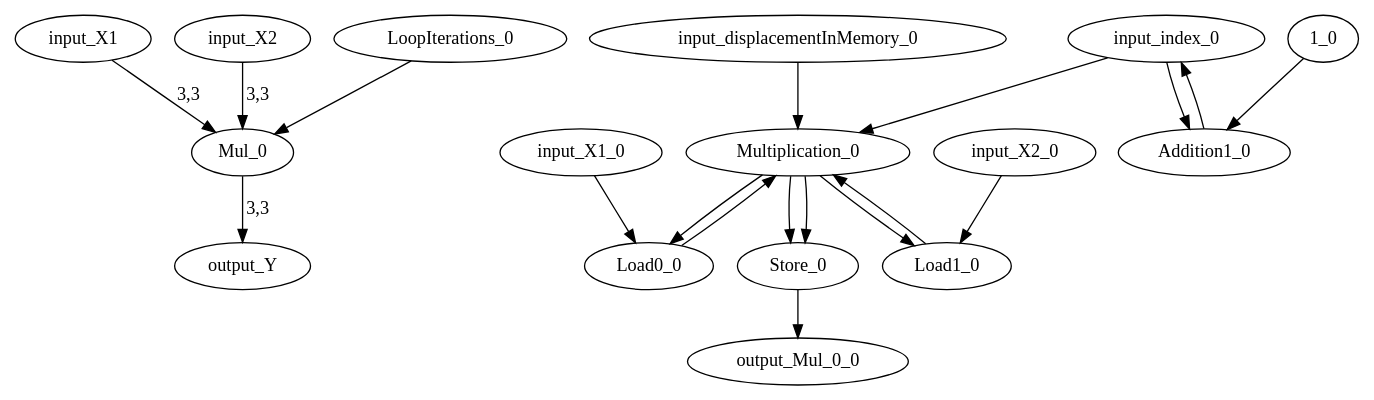
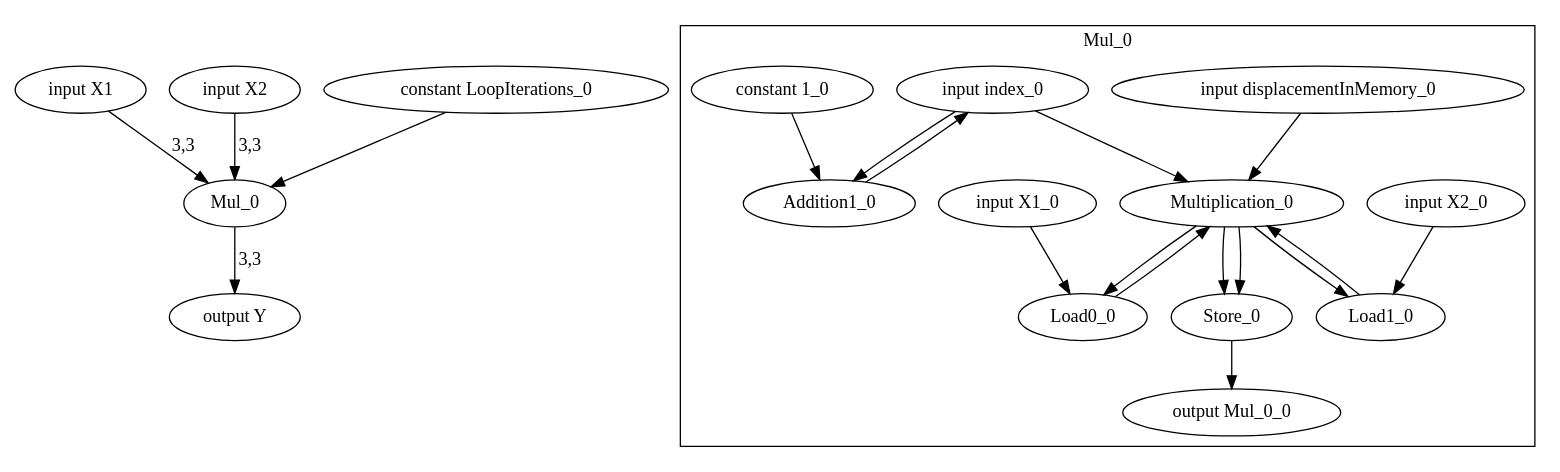
One commit to specs-feup/onnx-flow changed the diagram in outputs/matmuldot.dot. Above: the diagram before and after it, drawn with Graphviz. The commit also changed 5 other files, not shown here.

```diff
--- a/outputs/matmuldot.dot
+++ b/outputs/matmuldot.dot
@@ -1,36 +1,39 @@
 digraph G {
-"X1" [opcode="input"][label="input_X1"];
-"X2" [opcode="input"][label="input_X2"];
-"Y" [opcode="output"][label="output_Y"];
-"LoopIterations_0" [opcode="constant"][value="6"];
-"Mul_0" [opcode="Mul"];
-"index_0" [opcode="input"][label="input_index_0"];
-"displacementInMemory_0" [opcode="input"][label="input_displacementInMemory_0"];
-"X1_0" [opcode="input"][label="input_X1_0"];
-"X2_0" [opcode="input"][label="input_X2_0"];
-"Mul_0_0" [opcode="output"][label="output_Mul_0_0"];
-"Multiplication_0" [opcode="Multiplication"];
-"Load0_0" [opcode="Load"];
-"Load1_0" [opcode="Load"];
-"Addition1_0" [opcode="Addition"];
-"Store_0" [opcode="Store"];
-"1_0" [opcode="constant"][value="1"];
-"LoopIterations_0" -> "Mul_0";
-"index_0" -> "Multiplication_0";
-"X1" -> "Mul_0" [label="3,3"] [dims="3,3"];
-"displacementInMemory_0" -> "Multiplication_0";
-"X2" -> "Mul_0" [label="3,3"] [dims="3,3"];
-"X1_0" -> "Load0_0";
-"Mul_0" -> "Y" [label="3,3"] [dims="3,3"];
-"Multiplication_0" -> "Load0_0";
-"X2_0" -> "Load1_0";
-"Multiplication_0" -> "Load1_0";
-"Load0_0" -> "Multiplication_0";
-"Load1_0" -> "Multiplication_0";
-"Multiplication_0" -> "Store_0";
-"Multiplication_0" -> "Store_0";
-"Store_0" -> "Mul_0_0";
-"index_0" -> "Addition1_0";
-"1_0" -> "Addition1_0";
-"Addition1_0" -> "index_0";
+   "X1" [opcode="input"][label="input X1"];
+   "X2" [opcode="input"][label="input X2"];
+   "Y" [opcode="output"][label="output Y"];
+   "LoopIterations_0" [opcode="constant"][value="6"][label="constant LoopIterations_0"];
+   "Mul_0" [opcode="Mul"];
+   subgraph "cluster_Mul_0" {
+      label="Mul_0";
+      "index_0" [opcode="input"][label="input index_0"];
+      "displacementInMemory_0" [opcode="input"][label="input displacementInMemory_0"];
+      "X1_0" [opcode="input"][label="input X1_0"];
+      "X2_0" [opcode="input"][label="input X2_0"];
+      "Mul_0_0" [opcode="output"][label="output Mul_0_0"];
+      "Multiplication_0" [opcode="Multiplication"];
+      "Load0_0" [opcode="Load"];
+      "Load1_0" [opcode="Load"];
+      "Addition1_0" [opcode="Addition"];
+      "Store_0" [opcode="Store"];
+      "1_0" [opcode="constant"][value="1"][label="constant 1_0"];
+   }
+   "LoopIterations_0" -> "Mul_0";
+   "index_0" -> "Multiplication_0";
+   "X1" -> "Mul_0" [label="3,3"] [dims="3,3"];
+   "displacementInMemory_0" -> "Multiplication_0";
+   "X2" -> "Mul_0" [label="3,3"] [dims="3,3"];
+   "X1_0" -> "Load0_0";
+   "Mul_0" -> "Y" [label="3,3"] [dims="3,3"];
+   "Multiplication_0" -> "Load0_0";
+   "X2_0" -> "Load1_0";
+   "Multiplication_0" -> "Load1_0";
+   "Load0_0" -> "Multiplication_0";
+   "Load1_0" -> "Multiplication_0";
+   "Multiplication_0" -> "Store_0";
+   "Multiplication_0" -> "Store_0";
+   "Store_0" -> "Mul_0_0";
+   "index_0" -> "Addition1_0";
+   "1_0" -> "Addition1_0";
+   "Addition1_0" -> "index_0";
 }
```
